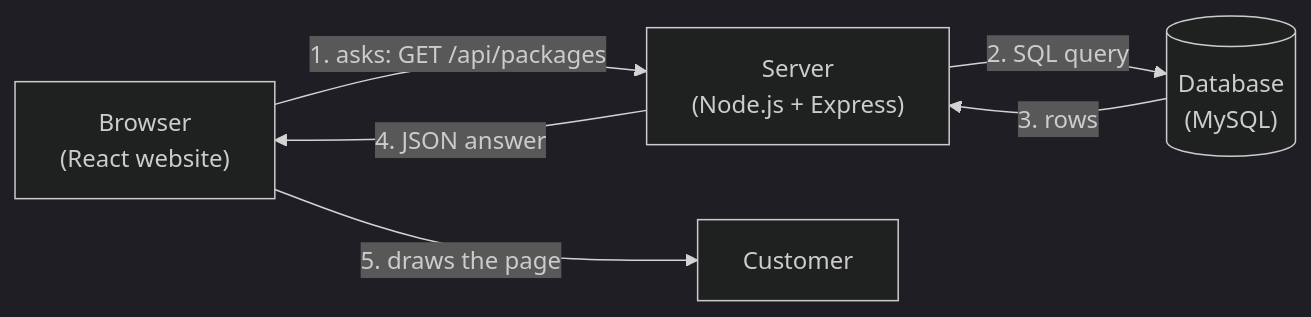
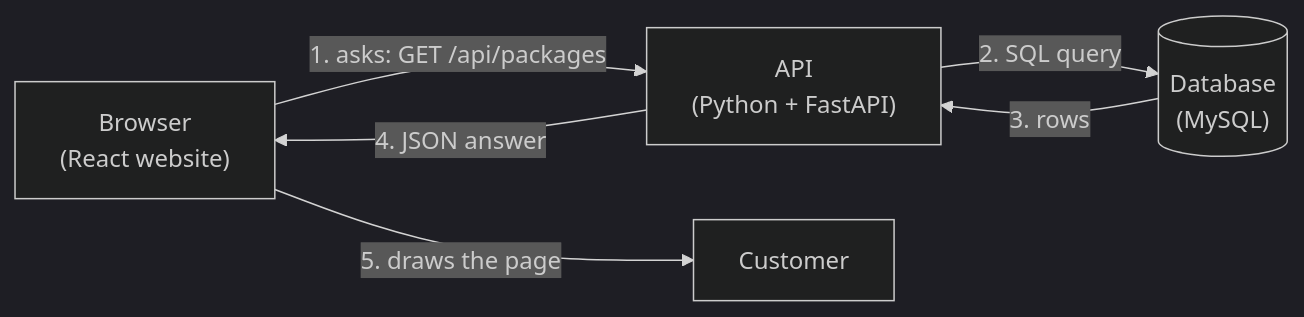
Before and after one commit to saurav1231/saurav1231: the first of 2 diagrams in docs/06-code-walkthrough.md, drawn with Mermaid (dark theme). The commit also changed other lines of this file and 17 other files, not shown here.

First line of the commit message:
Update all guides for the Python API and add the Ayana Insights guide

````diff
--- a/docs/06-code-walkthrough.md
+++ b/docs/06-code-walkthrough.md
@@ -10,8 +10,8 @@
 ```mermaid
 flowchart LR
-  B["Browser<br/>(React website)"] -- "1. asks: GET /api/packages" --> S["Server<br/>(Node.js + Express)"]
+  B["Browser<br/>(React website)"] -- "1. asks: GET /api/packages" --> S["API<br/>(Python + FastAPI)"]
   S -- "2. SQL query" --> D[("Database<br/>(MySQL)")]
   D -- "3. rows" --> S
   S -- "4. JSON answer" --> B
   B -- "5. draws the page" --> U["Customer"]
 ```
````
